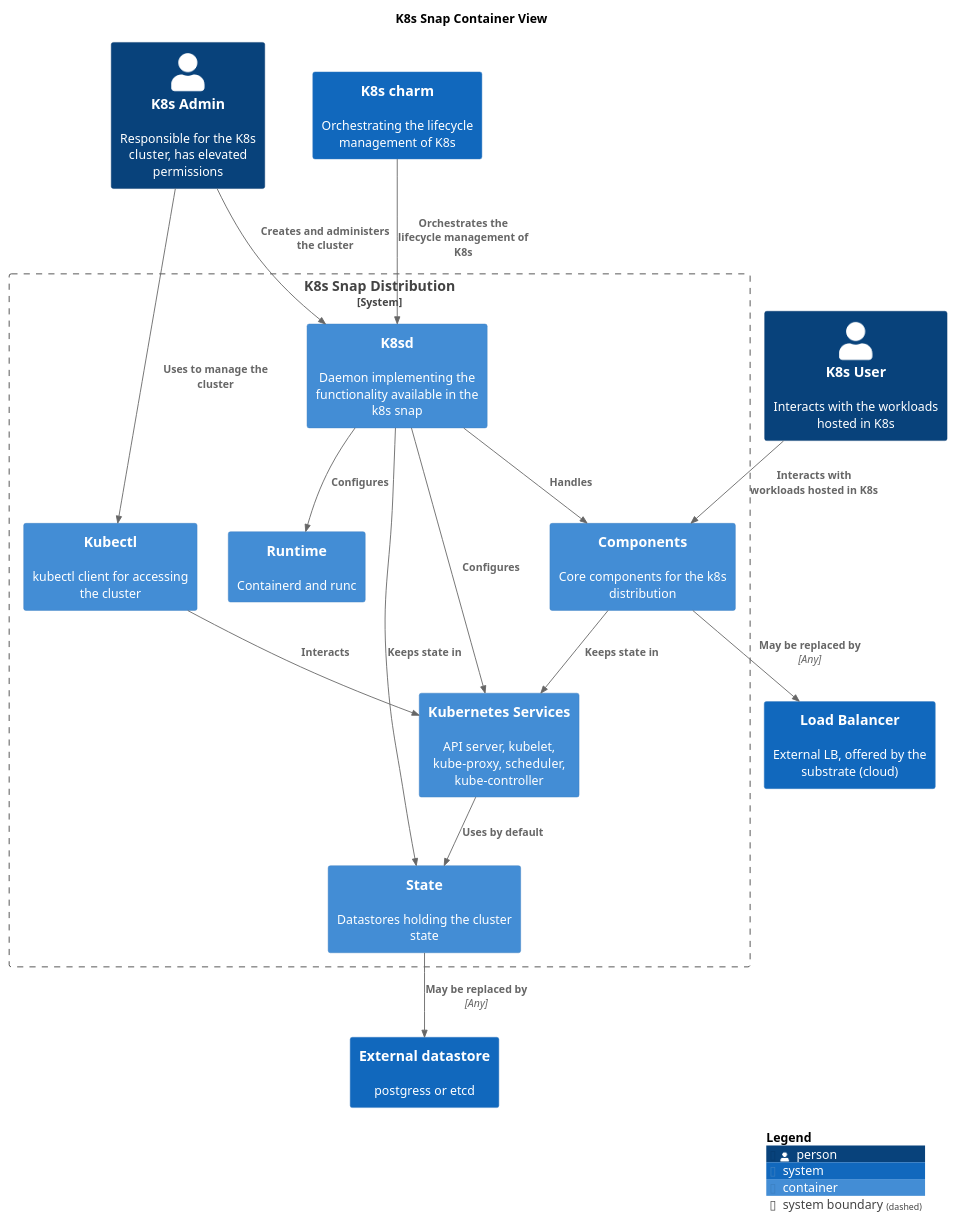
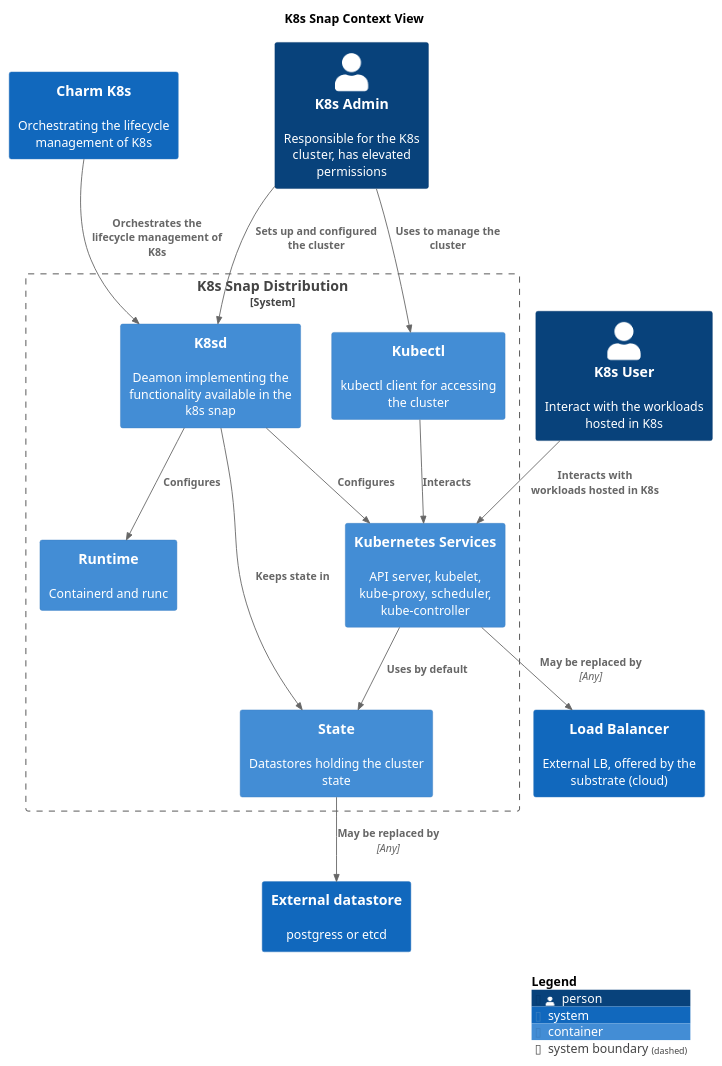
The diagram in docs/src/assets/k8s-container.puml (canonical/k8s-snap), drawn with PlantUML before and after one commit. The commit also changed 17 other files, not shown here.

```diff
--- a/docs/src/assets/k8s-container.puml
+++ b/docs/src/assets/k8s-container.puml
@@ -1,41 +1,38 @@
 @startuml
 set separator none
-title K8s Snap Container View
+title K8s Snap Context View
 
 top to bottom direction
 
 !include <C4/C4>
 !include <C4/C4_Context>
 !include <C4/C4_Container>
 
 Person(K8sAdmin, "K8s Admin", $descr="Responsible for the K8s cluster, has elevated permissions", $tags="", $link="")
-Person(K8sUser, "K8s User", $descr="Interacts with the workloads hosted in K8s", $tags="", $link="")
-System(K8scharm, "K8s charm", $descr="Orchestrating the lifecycle management of K8s", $tags="", $link="")
+Person(K8sUser, "K8s User", $descr="Interact with the workloads hosted in K8s", $tags="", $link="")
+System(CharmK8s, "Charm K8s", $descr="Orchestrating the lifecycle management of K8s", $tags="", $link="")
 System(LoadBalancer, "Load Balancer", $descr="External LB, offered by the substrate (cloud)", $tags="", $link="")
 System(Externaldatastore, "External datastore", $descr="postgress or etcd", $tags="", $link="")
 
 System_Boundary("K8sSnapDistribution_boundary", "K8s Snap Distribution", $tags="") {
   Container(K8sSnapDistribution.KubernetesServices, "Kubernetes Services", $techn="", $descr="API server, kubelet, kube-proxy, scheduler, kube-controller", $tags="", $link="")
   Container(K8sSnapDistribution.Runtime, "Runtime", $techn="", $descr="Containerd and runc", $tags="", $link="")
-  Container(K8sSnapDistribution.Components, "Components", $techn="", $descr="Core components for the k8s distribution", $tags="", $link="")
-  Container(K8sSnapDistribution.K8sd, "K8sd", $techn="", $descr="Daemon implementing the functionality available in the k8s snap", $tags="", $link="")
+  Container(K8sSnapDistribution.K8sd, "K8sd", $techn="", $descr="Deamon implementing the functionality available in the k8s snap", $tags="", $link="")
   Container(K8sSnapDistribution.State, "State", $techn="", $descr="Datastores holding the cluster state", $tags="", $link="")
   Container(K8sSnapDistribution.Kubectl, "Kubectl", $techn="", $descr="kubectl client for accessing the cluster", $tags="", $link="")
 }
 
-Rel(K8sAdmin, K8sSnapDistribution.K8sd, "Creates and administers the cluster", $techn="", $tags="", $link="")
+Rel(K8sAdmin, K8sSnapDistribution.K8sd, "Sets up and configured the cluster", $techn="", $tags="", $link="")
 Rel(K8sAdmin, K8sSnapDistribution.Kubectl, "Uses to manage the cluster", $techn="", $tags="", $link="")
-Rel(K8sUser, K8sSnapDistribution.Components, "Interacts with workloads hosted in K8s", $techn="", $tags="", $link="")
-Rel(K8scharm, K8sSnapDistribution.K8sd, "Orchestrates the lifecycle management of K8s", $techn="", $tags="", $link="")
+Rel(K8sUser, K8sSnapDistribution.KubernetesServices, "Interacts with workloads hosted in K8s", $techn="", $tags="", $link="")
+Rel(CharmK8s, K8sSnapDistribution.K8sd, "Orchestrates the lifecycle management of K8s", $techn="", $tags="", $link="")
 Rel(K8sSnapDistribution.State, Externaldatastore, "May be replaced by", $techn="Any", $tags="", $link="")
-Rel(K8sSnapDistribution.Components, LoadBalancer, "May be replaced by", $techn="Any", $tags="", $link="")
-Rel(K8sSnapDistribution.K8sd, K8sSnapDistribution.Components, "Handles", $techn="", $tags="", $link="")
+Rel(K8sSnapDistribution.KubernetesServices, LoadBalancer, "May be replaced by", $techn="Any", $tags="", $link="")
 Rel(K8sSnapDistribution.K8sd, K8sSnapDistribution.KubernetesServices, "Configures", $techn="", $tags="", $link="")
-Rel(K8sSnapDistribution.Components, K8sSnapDistribution.KubernetesServices, "Keeps state in", $techn="", $tags="", $link="")
 Rel(K8sSnapDistribution.KubernetesServices, K8sSnapDistribution.State, "Uses by default", $techn="", $tags="", $link="")
 Rel(K8sSnapDistribution.K8sd, K8sSnapDistribution.State, "Keeps state in", $techn="", $tags="", $link="")
 Rel(K8sSnapDistribution.Kubectl, K8sSnapDistribution.KubernetesServices, "Interacts", $techn="", $tags="", $link="")
 Rel(K8sSnapDistribution.K8sd, K8sSnapDistribution.Runtime, "Configures", $techn="", $tags="", $link="")
 
 SHOW_LEGEND(true)
 @enduml
```
